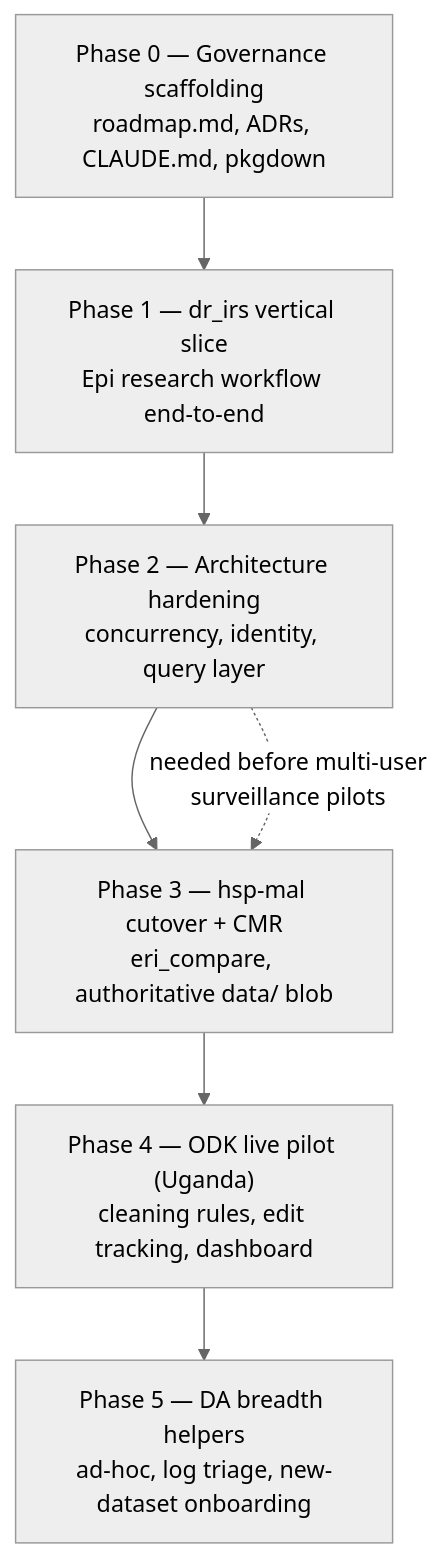
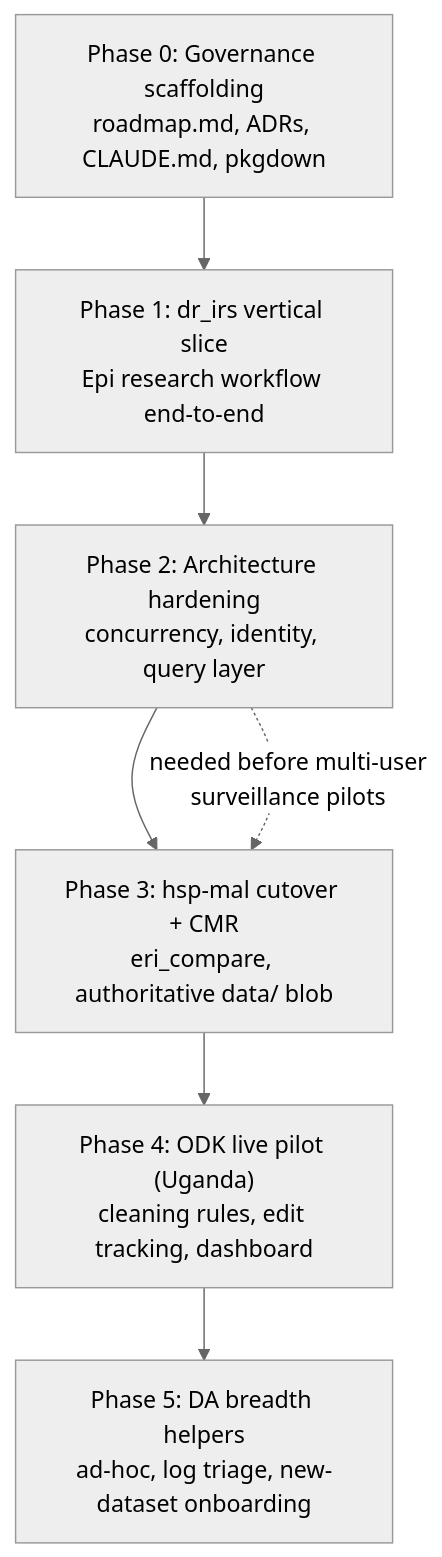
The diagram in docs/roadmap.md (thecartercenter/erifunctions), drawn with Mermaid (neutral theme) before and after one commit. The commit also changed other lines of this file and 26 other files, not shown here.

````diff
--- a/docs/roadmap.md
+++ b/docs/roadmap.md
@@ -38,11 +38,11 @@
 ```mermaid
 flowchart TD
-    P0["Phase 0 — Governance scaffolding<br/>roadmap.md, ADRs, CLAUDE.md, pkgdown"]
-    P1["Phase 1 — dr_irs vertical slice<br/>Epi research workflow end-to-end"]
-    P2["Phase 2 — Architecture hardening<br/>concurrency, identity, query layer"]
-    P3["Phase 3 — hsp-mal cutover + CMR<br/>eri_compare, authoritative data/ blob"]
-    P4["Phase 4 — ODK live pilot (Uganda)<br/>cleaning rules, edit tracking, dashboard"]
-    P5["Phase 5 — DA breadth helpers<br/>ad-hoc, log triage, new-dataset onboarding"]
+    P0["Phase 0: Governance scaffolding<br/>roadmap.md, ADRs, CLAUDE.md, pkgdown"]
+    P1["Phase 1: dr_irs vertical slice<br/>Epi research workflow end-to-end"]
+    P2["Phase 2: Architecture hardening<br/>concurrency, identity, query layer"]
+    P3["Phase 3: hsp-mal cutover + CMR<br/>eri_compare, authoritative data/ blob"]
+    P4["Phase 4: ODK live pilot (Uganda)<br/>cleaning rules, edit tracking, dashboard"]
+    P5["Phase 5: DA breadth helpers<br/>ad-hoc, log triage, new-dataset onboarding"]
     P0 --> P1 --> P2 --> P3 --> P4 --> P5
     P2 -. "needed before multi-user<br/>surveillance pilots" .-> P3
 ```
````
